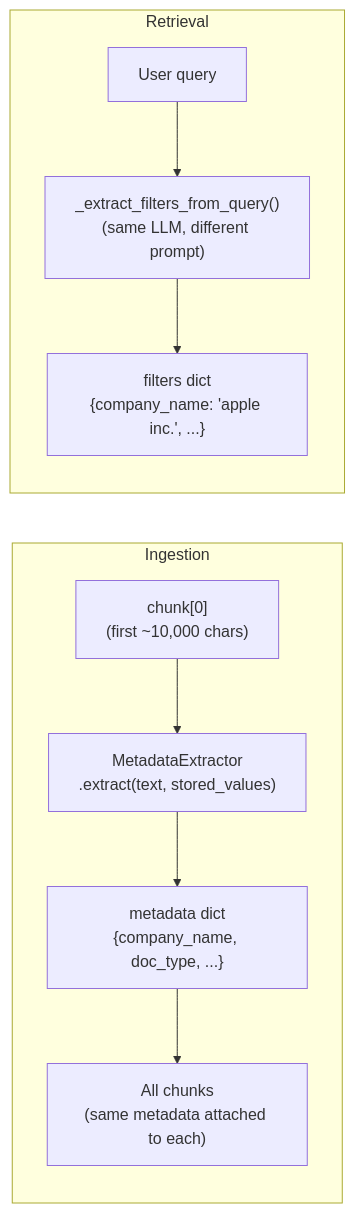
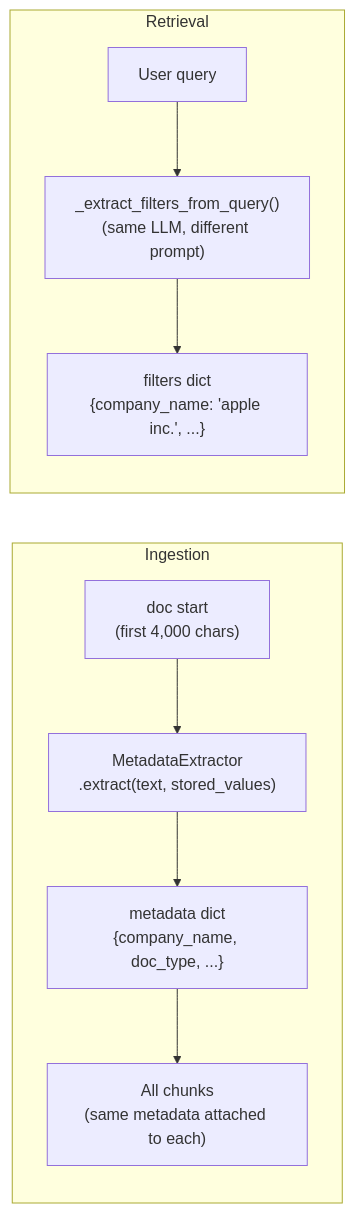
One commit to laxmimerit/RAGWire changed the first of 4 diagrams in docs/architecture/metadata_extraction.md. Above: the diagram before and after it, drawn with Mermaid. The commit also changed other lines of this file and 4 other files, not shown here.

````diff
--- a/docs/architecture/metadata_extraction.md
+++ b/docs/architecture/metadata_extraction.md
@@ -9,17 +9,17 @@
 ```mermaid
 flowchart LR
     subgraph Ingestion
-        Chunk0["chunk[0]\n(first ~10,000 chars)"]
+        Chunk0["doc start\n(first 4,000 chars)"]
         Extractor["MetadataExtractor\n.extract(text, stored_values)"]
         Meta["metadata dict\n{company_name, doc_type, ...}"]
         AllChunks["All chunks\n(same metadata attached to each)"]
         Chunk0 --> Extractor --> Meta --> AllChunks
     end
 
     subgraph Retrieval
         Query["User query"]
         FilterExtractor["_extract_filters_from_query()\n(same LLM, different prompt)"]
         Filters["filters dict\n{company_name: 'apple inc.', ...}"]
         Query --> FilterExtractor --> Filters
     end
 ```
````
